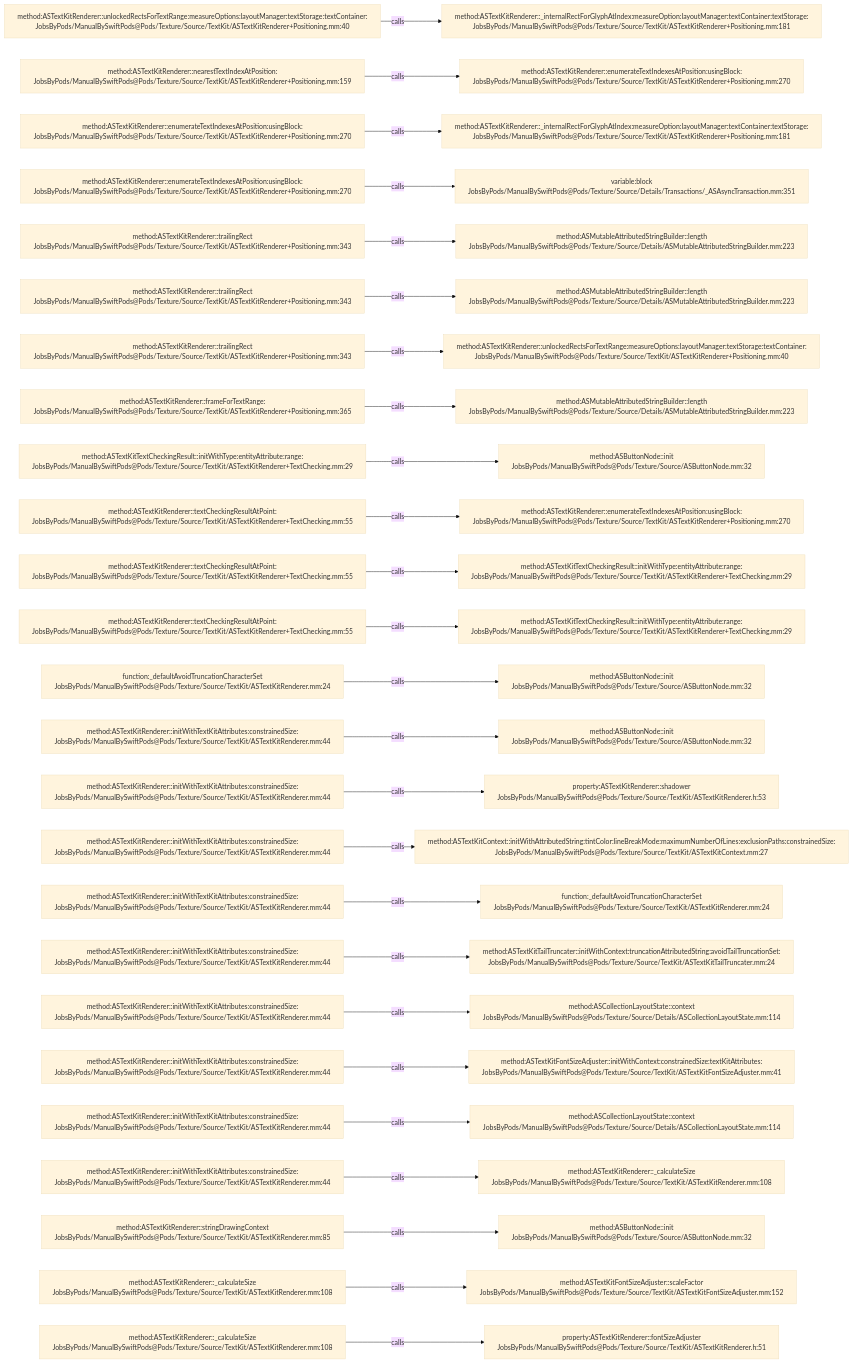
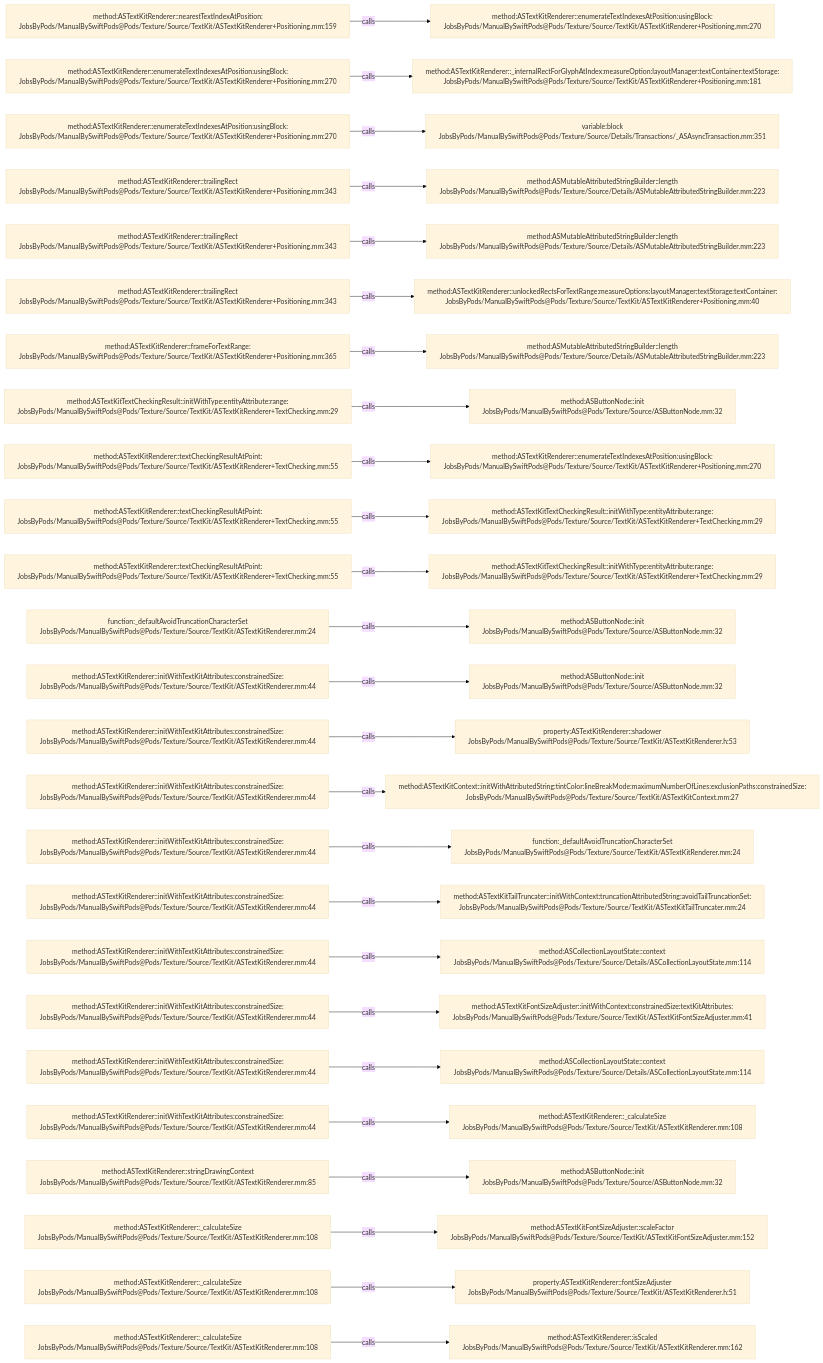
One commit to JobsKits/JobsSwiftBaseConfigDemo changed the diagram in .codegraph/codegraph.md/graphs/calls-149.md. Above: the diagram before and after it, drawn with Mermaid (base theme). The commit also changed 747 other files, not shown here.

````diff
--- a/.codegraph/codegraph.md/graphs/calls-149.md
+++ b/.codegraph/codegraph.md/graphs/calls-149.md
@@ -13,78 +13,78 @@
 ```mermaid
 flowchart LR
-  S1["method:ASTextKitRenderer::unlockedRectsForTextRange:measureOptions:layoutManager:textStorage:textContainer:<br/>JobsByPods/ManualBySwiftPods@Pods/Texture/Source/TextKit/ASTextKitRenderer+Positioning.mm:40"]
-  T1["method:ASTextKitRenderer::_internalRectForGlyphAtIndex:measureOption:layoutManager:textContainer:textStorage:<br/>JobsByPods/ManualBySwiftPods@Pods/Texture/Source/TextKit/ASTextKitRenderer+Positioning.mm:181"]
+  S1["method:ASTextKitRenderer::nearestTextIndexAtPosition:<br/>JobsByPods/ManualBySwiftPods@Pods/Texture/Source/TextKit/ASTextKitRenderer+Positioning.mm:159"]
+  T1["method:ASTextKitRenderer::enumerateTextIndexesAtPosition:usingBlock:<br/>JobsByPods/ManualBySwiftPods@Pods/Texture/Source/TextKit/ASTextKitRenderer+Positioning.mm:270"]
   S1 -->|calls| T1
-  S2["method:ASTextKitRenderer::nearestTextIndexAtPosition:<br/>JobsByPods/ManualBySwiftPods@Pods/Texture/Source/TextKit/ASTextKitRenderer+Positioning.mm:159"]
-  T2["method:ASTextKitRenderer::enumerateTextIndexesAtPosition:usingBlock:<br/>JobsByPods/ManualBySwiftPods@Pods/Texture/Source/TextKit/ASTextKitRenderer+Positioning.mm:270"]
+  S2["method:ASTextKitRenderer::enumerateTextIndexesAtPosition:usingBlock:<br/>JobsByPods/ManualBySwiftPods@Pods/Texture/Source/TextKit/ASTextKitRenderer+Positioning.mm:270"]
+  T2["method:ASTextKitRenderer::_internalRectForGlyphAtIndex:measureOption:layoutManager:textContainer:textStorage:<br/>JobsByPods/ManualBySwiftPods@Pods/Texture/Source/TextKit/ASTextKitRenderer+Positioning.mm:181"]
   S2 -->|calls| T2
   S3["method:ASTextKitRenderer::enumerateTextIndexesAtPosition:usingBlock:<br/>JobsByPods/ManualBySwiftPods@Pods/Texture/Source/TextKit/ASTextKitRenderer+Positioning.mm:270"]
-  T3["method:ASTextKitRenderer::_internalRectForGlyphAtIndex:measureOption:layoutManager:textContainer:textStorage:<br/>JobsByPods/ManualBySwiftPods@Pods/Texture/Source/TextKit/ASTextKitRenderer+Positioning.mm:181"]
+  T3["variable:block<br/>JobsByPods/ManualBySwiftPods@Pods/Texture/Source/Details/Transactions/_ASAsyncTransaction.mm:351"]
   S3 -->|calls| T3
-  S4["method:ASTextKitRenderer::enumerateTextIndexesAtPosition:usingBlock:<br/>JobsByPods/ManualBySwiftPods@Pods/Texture/Source/TextKit/ASTextKitRenderer+Positioning.mm:270"]
-  T4["variable:block<br/>JobsByPods/ManualBySwiftPods@Pods/Texture/Source/Details/Transactions/_ASAsyncTransaction.mm:351"]
+  S4["method:ASTextKitRenderer::trailingRect<br/>JobsByPods/ManualBySwiftPods@Pods/Texture/Source/TextKit/ASTextKitRenderer+Positioning.mm:343"]
+  T4["method:ASMutableAttributedStringBuilder::length<br/>JobsByPods/ManualBySwiftPods@Pods/Texture/Source/Details/ASMutableAttributedStringBuilder.mm:223"]
   S4 -->|calls| T4
   S5["method:ASTextKitRenderer::trailingRect<br/>JobsByPods/ManualBySwiftPods@Pods/Texture/Source/TextKit/ASTextKitRenderer+Positioning.mm:343"]
   T5["method:ASMutableAttributedStringBuilder::length<br/>JobsByPods/ManualBySwiftPods@Pods/Texture/Source/Details/ASMutableAttributedStringBuilder.mm:223"]
   S5 -->|calls| T5
   S6["method:ASTextKitRenderer::trailingRect<br/>JobsByPods/ManualBySwiftPods@Pods/Texture/Source/TextKit/ASTextKitRenderer+Positioning.mm:343"]
-  T6["method:ASMutableAttributedStringBuilder::length<br/>JobsByPods/ManualBySwiftPods@Pods/Texture/Source/Details/ASMutableAttributedStringBuilder.mm:223"]
+  T6["method:ASTextKitRenderer::unlockedRectsForTextRange:measureOptions:layoutManager:textStorage:textContainer:<br/>JobsByPods/ManualBySwiftPods@Pods/Texture/Source/TextKit/ASTextKitRenderer+Positioning.mm:40"]
   S6 -->|calls| T6
-  S7["method:ASTextKitRenderer::trailingRect<br/>JobsByPods/ManualBySwiftPods@Pods/Texture/Source/TextKit/ASTextKitRenderer+Positioning.mm:343"]
-  T7["method:ASTextKitRenderer::unlockedRectsForTextRange:measureOptions:layoutManager:textStorage:textContainer:<br/>JobsByPods/ManualBySwiftPods@Pods/Texture/Source/TextKit/ASTextKitRenderer+Positioning.mm:40"]
+  S7["method:ASTextKitRenderer::frameForTextRange:<br/>JobsByPods/ManualBySwiftPods@Pods/Texture/Source/TextKit/ASTextKitRenderer+Positioning.mm:365"]
+  T7["method:ASMutableAttributedStringBuilder::length<br/>JobsByPods/ManualBySwiftPods@Pods/Texture/Source/Details/ASMutableAttributedStringBuilder.mm:223"]
   S7 -->|calls| T7
-  S8["method:ASTextKitRenderer::frameForTextRange:<br/>JobsByPods/ManualBySwiftPods@Pods/Texture/Source/TextKit/ASTextKitRenderer+Positioning.mm:365"]
-  T8["method:ASMutableAttributedStringBuilder::length<br/>JobsByPods/ManualBySwiftPods@Pods/Texture/Source/Details/ASMutableAttributedStringBuilder.mm:223"]
+  S8["method:ASTextKitTextCheckingResult::initWithType:entityAttribute:range:<br/>JobsByPods/ManualBySwiftPods@Pods/Texture/Source/TextKit/ASTextKitRenderer+TextChecking.mm:29"]
+  T8["method:ASButtonNode::init<br/>JobsByPods/ManualBySwiftPods@Pods/Texture/Source/ASButtonNode.mm:32"]
   S8 -->|calls| T8
-  S9["method:ASTextKitTextCheckingResult::initWithType:entityAttribute:range:<br/>JobsByPods/ManualBySwiftPods@Pods/Texture/Source/TextKit/ASTextKitRenderer+TextChecking.mm:29"]
-  T9["method:ASButtonNode::init<br/>JobsByPods/ManualBySwiftPods@Pods/Texture/Source/ASButtonNode.mm:32"]
+  S9["method:ASTextKitRenderer::textCheckingResultAtPoint:<br/>JobsByPods/ManualBySwiftPods@Pods/Texture/Source/TextKit/ASTextKitRenderer+TextChecking.mm:55"]
+  T9["method:ASTextKitRenderer::enumerateTextIndexesAtPosition:usingBlock:<br/>JobsByPods/ManualBySwiftPods@Pods/Texture/Source/TextKit/ASTextKitRenderer+Positioning.mm:270"]
   S9 -->|calls| T9
   S10["method:ASTextKitRenderer::textCheckingResultAtPoint:<br/>JobsByPods/ManualBySwiftPods@Pods/Texture/Source/TextKit/ASTextKitRenderer+TextChecking.mm:55"]
-  T10["method:ASTextKitRenderer::enumerateTextIndexesAtPosition:usingBlock:<br/>JobsByPods/ManualBySwiftPods@Pods/Texture/Source/TextKit/ASTextKitRenderer+Positioning.mm:270"]
+  T10["method:ASTextKitTextCheckingResult::initWithType:entityAttribute:range:<br/>JobsByPods/ManualBySwiftPods@Pods/Texture/Source/TextKit/ASTextKitRenderer+TextChecking.mm:29"]
   S10 -->|calls| T10
   S11["method:ASTextKitRenderer::textCheckingResultAtPoint:<br/>JobsByPods/ManualBySwiftPods@Pods/Texture/Source/TextKit/ASTextKitRenderer+TextChecking.mm:55"]
   T11["method:ASTextKitTextCheckingResult::initWithType:entityAttribute:range:<br/>JobsByPods/ManualBySwiftPods@Pods/Texture/Source/TextKit/ASTextKitRenderer+TextChecking.mm:29"]
   S11 -->|calls| T11
-  S12["method:ASTextKitRenderer::textCheckingResultAtPoint:<br/>JobsByPods/ManualBySwiftPods@Pods/Texture/Source/TextKit/ASTextKitRenderer+TextChecking.mm:55"]
-  T12["method:ASTextKitTextCheckingResult::initWithType:entityAttribute:range:<br/>JobsByPods/ManualBySwiftPods@Pods/Texture/Source/TextKit/ASTextKitRenderer+TextChecking.mm:29"]
+  S12["function:_defaultAvoidTruncationCharacterSet<br/>JobsByPods/ManualBySwiftPods@Pods/Texture/Source/TextKit/ASTextKitRenderer.mm:24"]
+  T12["method:ASButtonNode::init<br/>JobsByPods/ManualBySwiftPods@Pods/Texture/Source/ASButtonNode.mm:32"]
   S12 -->|calls| T12
-  S13["function:_defaultAvoidTruncationCharacterSet<br/>JobsByPods/ManualBySwiftPods@Pods/Texture/Source/TextKit/ASTextKitRenderer.mm:24"]
+  S13["method:ASTextKitRenderer::initWithTextKitAttributes:constrainedSize:<br/>JobsByPods/ManualBySwiftPods@Pods/Texture/Source/TextKit/ASTextKitRenderer.mm:44"]
   T13["method:ASButtonNode::init<br/>JobsByPods/ManualBySwiftPods@Pods/Texture/Source/ASButtonNode.mm:32"]
   S13 -->|calls| T13
   S14["method:ASTextKitRenderer::initWithTextKitAttributes:constrainedSize:<br/>JobsByPods/ManualBySwiftPods@Pods/Texture/Source/TextKit/ASTextKitRenderer.mm:44"]
-  T14["method:ASButtonNode::init<br/>JobsByPods/ManualBySwiftPods@Pods/Texture/Source/ASButtonNode.mm:32"]
+  T14["property:ASTextKitRenderer::shadower<br/>JobsByPods/ManualBySwiftPods@Pods/Texture/Source/TextKit/ASTextKitRenderer.h:53"]
   S14 -->|calls| T14
   S15["method:ASTextKitRenderer::initWithTextKitAttributes:constrainedSize:<br/>JobsByPods/ManualBySwiftPods@Pods/Texture/Source/TextKit/ASTextKitRenderer.mm:44"]
-  T15["property:ASTextKitRenderer::shadower<br/>JobsByPods/ManualBySwiftPods@Pods/Texture/Source/TextKit/ASTextKitRenderer.h:53"]
+  T15["method:ASTextKitContext::initWithAttributedString:tintColor:lineBreakMode:maximumNumberOfLines:exclusionPaths:constrainedSize:<br/>JobsByPods/ManualBySwiftPods@Pods/Texture/Source/TextKit/ASTextKitContext.mm:27"]
   S15 -->|calls| T15
   S16["method:ASTextKitRenderer::initWithTextKitAttributes:constrainedSize:<br/>JobsByPods/ManualBySwiftPods@Pods/Texture/Source/TextKit/ASTextKitRenderer.mm:44"]
-  T16["method:ASTextKitContext::initWithAttributedString:tintColor:lineBreakMode:maximumNumberOfLines:exclusionPaths:constrainedSize:<br/>JobsByPods/ManualBySwiftPods@Pods/Texture/Source/TextKit/ASTextKitContext.mm:27"]
+  T16["function:_defaultAvoidTruncationCharacterSet<br/>JobsByPods/ManualBySwiftPods@Pods/Texture/Source/TextKit/ASTextKitRenderer.mm:24"]
   S16 -->|calls| T16
   S17["method:ASTextKitRenderer::initWithTextKitAttributes:constrainedSize:<br/>JobsByPods/ManualBySwiftPods@Pods/Texture/Source/TextKit/ASTextKitRenderer.mm:44"]
-  T17["function:_defaultAvoidTruncationCharacterSet<br/>JobsByPods/ManualBySwiftPods@Pods/Texture/Source/TextKit/ASTextKitRenderer.mm:24"]
+  T17["method:ASTextKitTailTruncater::initWithContext:truncationAttributedString:avoidTailTruncationSet:<br/>JobsByPods/ManualBySwiftPods@Pods/Texture/Source/TextKit/ASTextKitTailTruncater.mm:24"]
   S17 -->|calls| T17
   S18["method:ASTextKitRenderer::initWithTextKitAttributes:constrainedSize:<br/>JobsByPods/ManualBySwiftPods@Pods/Texture/Source/TextKit/ASTextKitRenderer.mm:44"]
-  T18["method:ASTextKitTailTruncater::initWithContext:truncationAttributedString:avoidTailTruncationSet:<br/>JobsByPods/ManualBySwiftPods@Pods/Texture/Source/TextKit/ASTextKitTailTruncater.mm:24"]
+  T18["method:ASCollectionLayoutState::context<br/>JobsByPods/ManualBySwiftPods@Pods/Texture/Source/Details/ASCollectionLayoutState.mm:114"]
   S18 -->|calls| T18
   S19["method:ASTextKitRenderer::initWithTextKitAttributes:constrainedSize:<br/>JobsByPods/ManualBySwiftPods@Pods/Texture/Source/TextKit/ASTextKitRenderer.mm:44"]
-  T19["method:ASCollectionLayoutState::context<br/>JobsByPods/ManualBySwiftPods@Pods/Texture/Source/Details/ASCollectionLayoutState.mm:114"]
+  T19["method:ASTextKitFontSizeAdjuster::initWithContext:constrainedSize:textKitAttributes:<br/>JobsByPods/ManualBySwiftPods@Pods/Texture/Source/TextKit/ASTextKitFontSizeAdjuster.mm:41"]
   S19 -->|calls| T19
   S20["method:ASTextKitRenderer::initWithTextKitAttributes:constrainedSize:<br/>JobsByPods/ManualBySwiftPods@Pods/Texture/Source/TextKit/ASTextKitRenderer.mm:44"]
-  T20["method:ASTextKitFontSizeAdjuster::initWithContext:constrainedSize:textKitAttributes:<br/>JobsByPods/ManualBySwiftPods@Pods/Texture/Source/TextKit/ASTextKitFontSizeAdjuster.mm:41"]
+  T20["method:ASCollectionLayoutState::context<br/>JobsByPods/ManualBySwiftPods@Pods/Texture/Source/Details/ASCollectionLayoutState.mm:114"]
   S20 -->|calls| T20
   S21["method:ASTextKitRenderer::initWithTextKitAttributes:constrainedSize:<br/>JobsByPods/ManualBySwiftPods@Pods/Texture/Source/TextKit/ASTextKitRenderer.mm:44"]
-  T21["method:ASCollectionLayoutState::context<br/>JobsByPods/ManualBySwiftPods@Pods/Texture/Source/Details/ASCollectionLayoutState.mm:114"]
+  T21["method:ASTextKitRenderer::_calculateSize<br/>JobsByPods/ManualBySwiftPods@Pods/Texture/Source/TextKit/ASTextKitRenderer.mm:108"]
   S21 -->|calls| T21
-  S22["method:ASTextKitRenderer::initWithTextKitAttributes:constrainedSize:<br/>JobsByPods/ManualBySwiftPods@Pods/Texture/Source/TextKit/ASTextKitRenderer.mm:44"]
-  T22["method:ASTextKitRenderer::_calculateSize<br/>JobsByPods/ManualBySwiftPods@Pods/Texture/Source/TextKit/ASTextKitRenderer.mm:108"]
+  S22["method:ASTextKitRenderer::stringDrawingContext<br/>JobsByPods/ManualBySwiftPods@Pods/Texture/Source/TextKit/ASTextKitRenderer.mm:85"]
+  T22["method:ASButtonNode::init<br/>JobsByPods/ManualBySwiftPods@Pods/Texture/Source/ASButtonNode.mm:32"]
   S22 -->|calls| T22
-  S23["method:ASTextKitRenderer::stringDrawingContext<br/>JobsByPods/ManualBySwiftPods@Pods/Texture/Source/TextKit/ASTextKitRenderer.mm:85"]
-  T23["method:ASButtonNode::init<br/>JobsByPods/ManualBySwiftPods@Pods/Texture/Source/ASButtonNode.mm:32"]
+  S23["method:ASTextKitRenderer::_calculateSize<br/>JobsByPods/ManualBySwiftPods@Pods/Texture/Source/TextKit/ASTextKitRenderer.mm:108"]
+  T23["method:ASTextKitFontSizeAdjuster::scaleFactor<br/>JobsByPods/ManualBySwiftPods@Pods/Texture/Source/TextKit/ASTextKitFontSizeAdjuster.mm:152"]
   S23 -->|calls| T23
   S24["method:ASTextKitRenderer::_calculateSize<br/>JobsByPods/ManualBySwiftPods@Pods/Texture/Source/TextKit/ASTextKitRenderer.mm:108"]
-  T24["method:ASTextKitFontSizeAdjuster::scaleFactor<br/>JobsByPods/ManualBySwiftPods@Pods/Texture/Source/TextKit/ASTextKitFontSizeAdjuster.mm:152"]
+  T24["property:ASTextKitRenderer::fontSizeAdjuster<br/>JobsByPods/ManualBySwiftPods@Pods/Texture/Source/TextKit/ASTextKitRenderer.h:51"]
   S24 -->|calls| T24
   S25["method:ASTextKitRenderer::_calculateSize<br/>JobsByPods/ManualBySwiftPods@Pods/Texture/Source/TextKit/ASTextKitRenderer.mm:108"]
-  T25["property:ASTextKitRenderer::fontSizeAdjuster<br/>JobsByPods/ManualBySwiftPods@Pods/Texture/Source/TextKit/ASTextKitRenderer.h:51"]
+  T25["method:ASTextKitRenderer::isScaled<br/>JobsByPods/ManualBySwiftPods@Pods/Texture/Source/TextKit/ASTextKitRenderer.mm:162"]
   S25 -->|calls| T25
 ```
````
